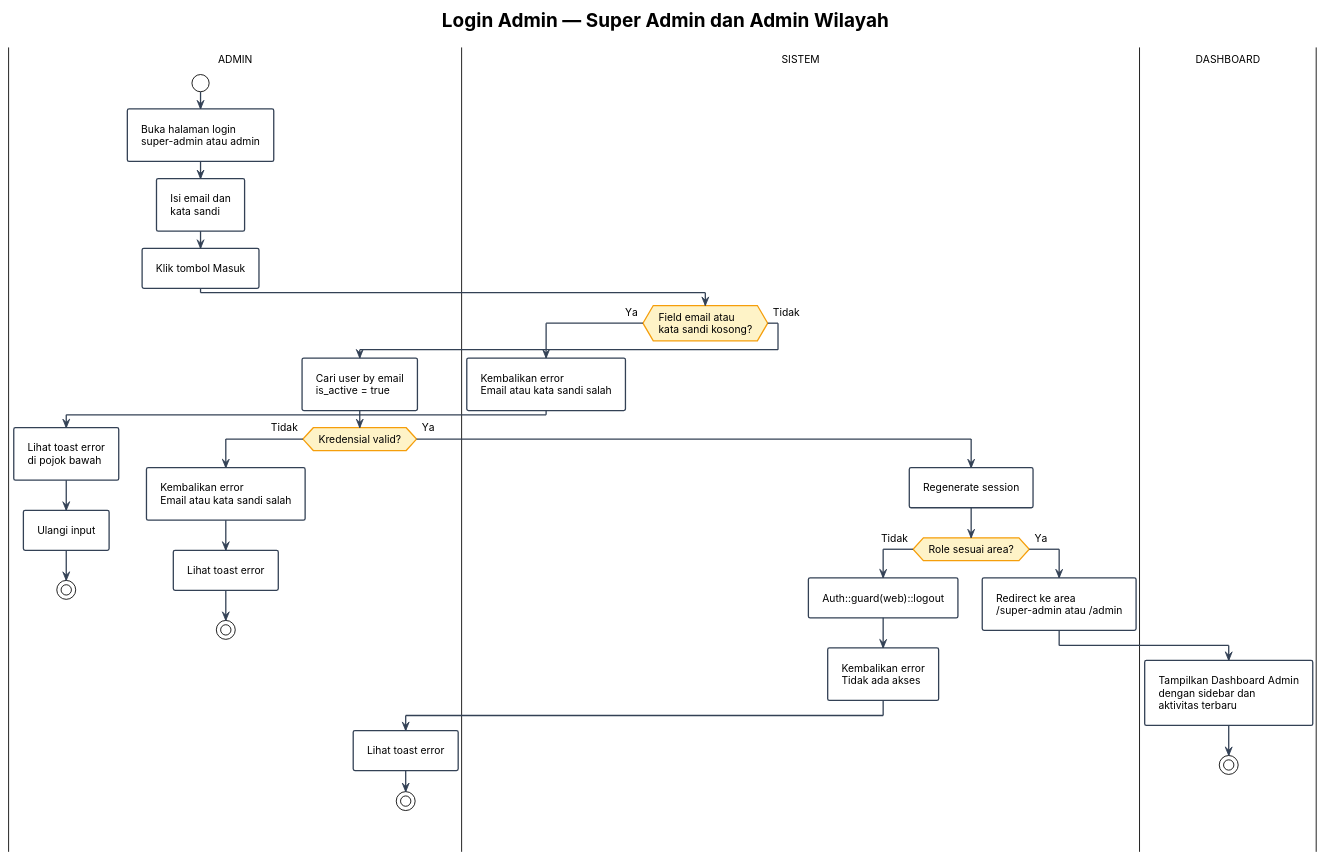
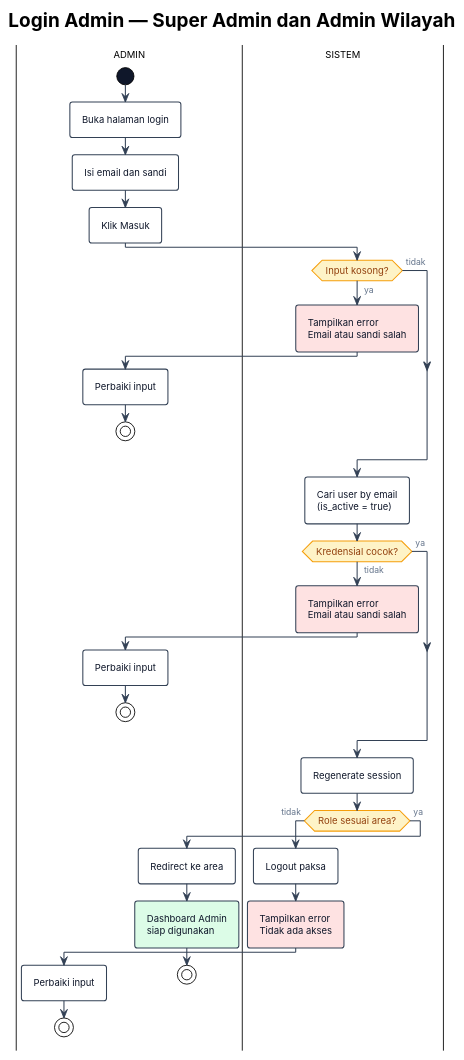
One commit to radacore/absensi-pu changed the diagram in docs/activity-diagrams/src/01-login-admin.puml. Above: the diagram before and after it, drawn with PlantUML. The commit also changed 1 other file, not shown here.

Commit message:
docs(diagram): rapikan login admin, kolom sistem lebih ringkas
sederhanakan label aktivitas menjadi 2-3 kata per baris supaya
kolom sistem tidak melebar berlebihan; ubah 3 blok if else jadi
early-exit style dengan stop di jalur error dan continue di jalur
sukses supaya alur utama tetap lurus vertikal

tambah highlight warna:
- merah muda #FEE2E2 untuk aktivitas error
- hijau muda #DCFCE7 untuk aktivitas sukses akhir

skinparam ArrowThickness 1.2 dan ActivityBorderThickness 1.2 supaya
tidak terlalu tebal, RoundCorner 6 untuk kesan modern rapi,
DefaultFontSize 11 hemat ruang, Padding 4 kompak

```diff
--- a/docs/activity-diagrams/src/01-login-admin.puml
+++ b/docs/activity-diagrams/src/01-login-admin.puml
@@ -1,74 +1,84 @@
 @startuml 01-login-admin
 !theme plain
 title Login Admin — Super Admin dan Admin Wilayah
 
+' ── Skinparam global (kompak dan rapi) ────────────────────────
+skinparam DefaultFontName "Inter"
+skinparam DefaultFontSize 11
+skinparam Padding 4
+skinparam RoundCorner 6
+skinparam Shadowing false
+skinparam ArrowColor #334155
+skinparam ArrowThickness 1.2
+skinparam ArrowFontColor #64748B
+skinparam ArrowFontSize 10
+
+' ── Activity ─────────────────────────────────────────────────
 skinparam ActivityBackgroundColor #FFFFFF
 skinparam ActivityBorderColor #334155
-skinparam ActivityBorderThickness 1.5
+skinparam ActivityBorderThickness 1.2
+skinparam ActivityFontColor #0F172A
 skinparam ActivityDiamondBackgroundColor #FEF3C7
 skinparam ActivityDiamondBorderColor #F59E0B
-skinparam ArrowColor #334155
-skinparam ArrowThickness 1.5
-skinparam DefaultFontName "Inter"
-skinparam DefaultFontSize 12
-skinparam Padding 6
-skinparam RoundCorner 4
+skinparam ActivityDiamondBorderThickness 1.2
+skinparam ActivityDiamondFontColor #92400E
+
+' ── Partition swimlane ───────────────────────────────────────
 skinparam PartitionBackgroundColor #F8FAFC
 skinparam PartitionBorderColor #1E3A8A
 skinparam PartitionBorderThickness 1.5
 skinparam PartitionFontStyle bold
-skinparam PartitionFontColor #0F172A
-skinparam NoteBackgroundColor #FEF3C7
-skinparam NoteBorderColor #F59E0B
+skinparam PartitionFontColor #1E3A8A
+skinparam PartitionFontSize 12
+
+' ── Start/End ────────────────────────────────────────────────
+skinparam ActivityStartColor #0F172A
+skinparam ActivityEndColor #0F172A
 
 |ADMIN|
 start
-:Buka halaman login
-super-admin atau admin;
-:Isi email dan
-kata sandi;
-:Klik tombol Masuk;
+:Buka halaman login;
+:Isi email dan sandi;
+:Klik Masuk;
 
 |SISTEM|
-if (Field email atau
-kata sandi kosong?) then (Ya)
-  :Kembalikan error
-  Email atau kata sandi salah;
+if (Input kosong?) then (ya)
+  #FEE2E2:Tampilkan error
+  Email atau sandi salah;
   |ADMIN|
-  :Lihat toast error
-  di pojok bawah;
-  :Ulangi input;
+  :Perbaiki input;
   stop
-else (Tidak)
-  :Cari user by email
-  is_active = true;
-  if (Kredensial valid?) then (Tidak)
-    :Kembalikan error
-    Email atau kata sandi salah;
-    |ADMIN|
-    :Lihat toast error;
-    stop
-  else (Ya)
-    |SISTEM|
-    :Regenerate session;
-    if (Role sesuai area?) then (Tidak)
-      :Auth::guard(web)::logout;
-      :Kembalikan error
-      Tidak ada akses;
-      |ADMIN|
-      :Lihat toast error;
-      stop
-    else (Ya)
-      |SISTEM|
-      :Redirect ke area
-      /super-admin atau /admin;
-      |DASHBOARD|
-      :Tampilkan Dashboard Admin
-      dengan sidebar dan
-      aktivitas terbaru;
-      stop
-    endif
-  endif
+else (tidak)
+endif
+
+|SISTEM|
+:Cari user by email
+(is_active = true);
+
+if (Kredensial cocok?) then (tidak)
+  #FEE2E2:Tampilkan error
+  Email atau sandi salah;
+  |ADMIN|
+  :Perbaiki input;
+  stop
+else (ya)
+endif
+
+|SISTEM|
+:Regenerate session;
+
+if (Role sesuai area?) then (tidak)
+  :Logout paksa;
+  #FEE2E2:Tampilkan error
+  Tidak ada akses;
+  |ADMIN|
+  :Perbaiki input;
+  stop
+else (ya)
+  :Redirect ke area;
+  #DCFCE7:Dashboard Admin
+  siap digunakan;
+  stop
 endif
 
 @enduml
```
